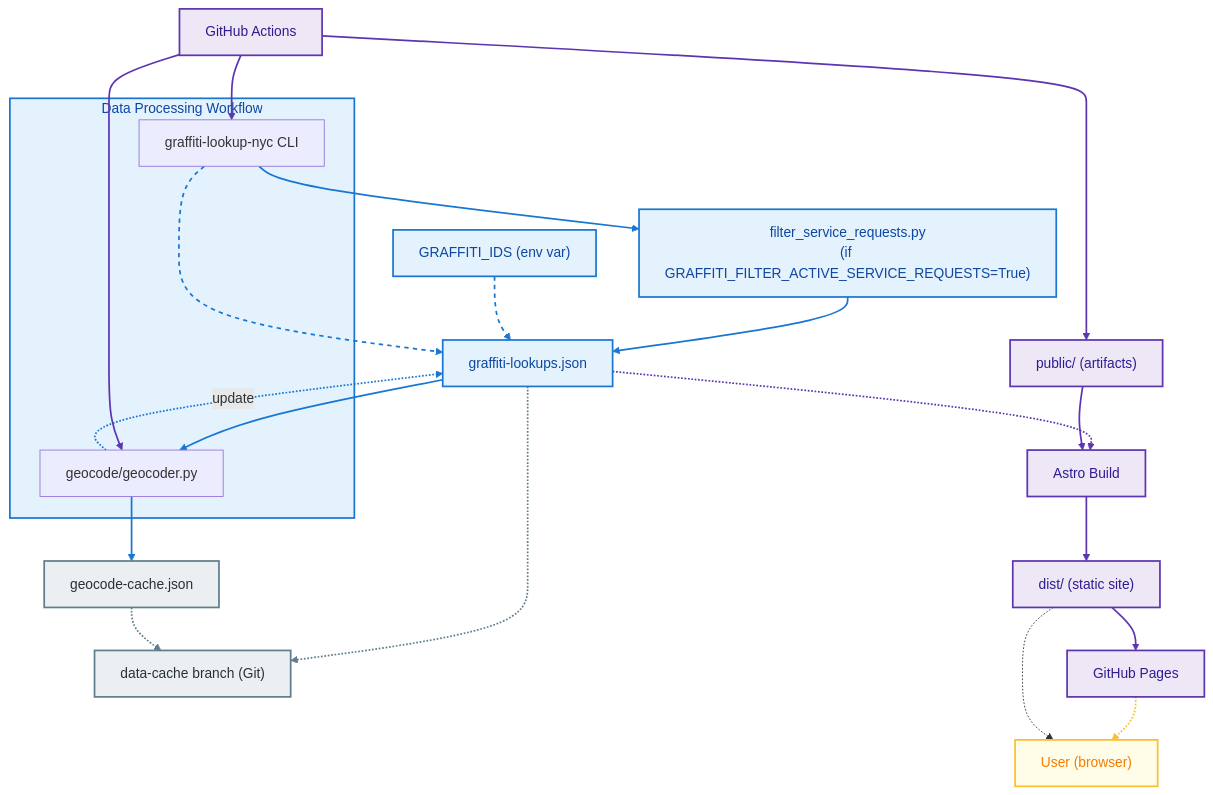
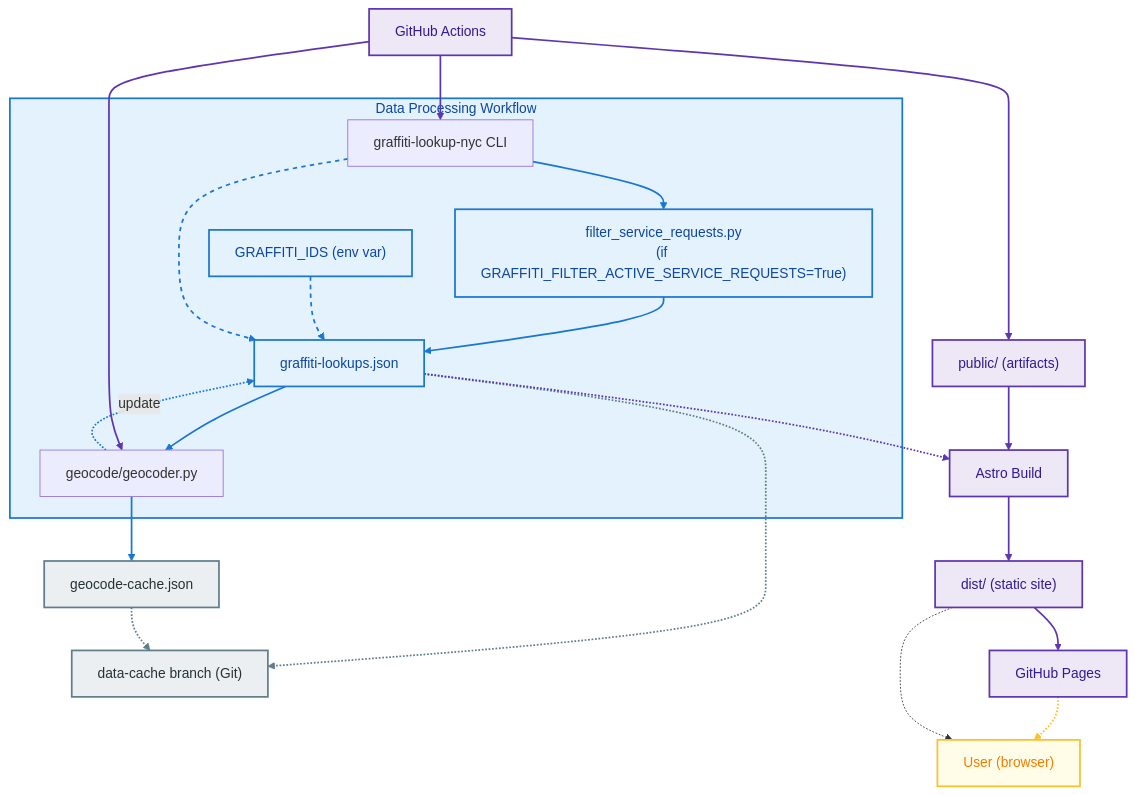
The diagram in README.md (njamaleddine/graffiti-lookup-nyc-web), drawn with Mermaid before and after one commit. The commit also changed other lines of this file, not shown here.

```diff
--- a/README.md
+++ b/README.md
@@ -134,10 +134,10 @@
    subgraph WORKFLOW["Data Processing Workflow"]
       CLI["graffiti-lookup-nyc CLI"]
       GEOCODE["geocode/geocoder.py"]
+      FILTER["filter_service_requests.py\n(if GRAFFITI_FILTER_ACTIVE_SERVICE_REQUESTS=True)"]
+      IDS["GRAFFITI_IDS (env var)"]
+      LOOKUPS["graffiti-lookups.json"]
    end
-   FILTER["filter_service_requests.py\n(if GRAFFITI_FILTER_ACTIVE_SERVICE_REQUESTS=True)"]
-   IDS["GRAFFITI_IDS (env var)"]
-   LOOKUPS["graffiti-lookups.json"]
    CACHE["geocode-cache.json"]
    DATA_CACHE["data-cache branch (Git)"]
    GH_ACTIONS["GitHub Actions"]
```
